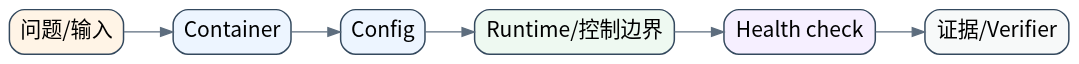
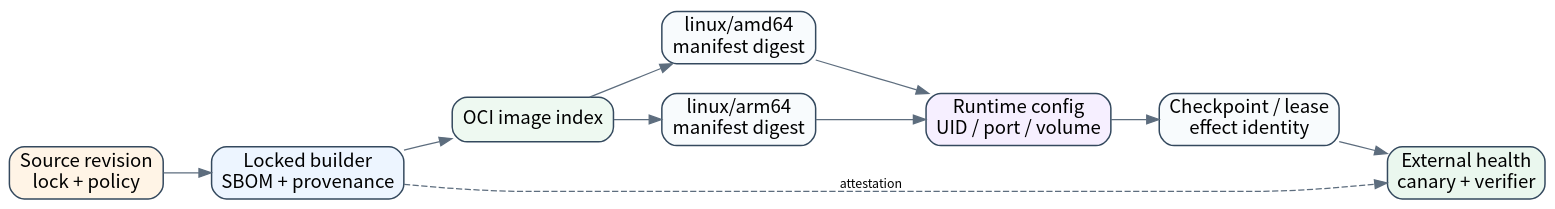
One commit to william-lbn/aiagentsystem changed the diagram in book/assets/diagrams/36-deployment-architecture.dot. Above: the diagram before and after it, drawn with Graphviz. The commit also changed 115 other files, not shown here.

```diff
--- a/book/assets/diagrams/36-deployment-architecture.dot
+++ b/book/assets/diagrams/36-deployment-architecture.dot
@@ -1,16 +1,22 @@
 digraph G {
-graph [rankdir=LR,bgcolor="transparent",pad="0.15",nodesep="0.4",ranksep="0.55"];
-node [shape=box,style="rounded,filled",fontname="Noto Sans CJK SC",fontsize=17,color="#34495e",penwidth=1.2];
-edge [fontname="Noto Sans CJK SC",fontsize=11,color="#5d6d7e"];
-n0 [label="问题/输入",fillcolor="#fff4e6"];
-n1 [label="Container",fillcolor="#edf5ff"];
-n2 [label="Config",fillcolor="#edf5ff"];
-n3 [label="Runtime/控制边界",fillcolor="#eef9f1"];
-n4 [label="Health check",fillcolor="#f6efff"];
-n5 [label="证据/Verifier",fillcolor="#f7f9f9"];
-n0->n1;
-n1->n2;
-n2->n3;
-n3->n4;
-n4->n5;
+graph [rankdir=LR,bgcolor="transparent",pad="0.15",nodesep="0.34",ranksep="0.52"];
+node [shape=box,style="rounded,filled",fontname="Noto Sans CJK SC",fontsize=15,color="#34495e",penwidth=1.2,fillcolor="#f8fbfd"];
+edge [fontname="Noto Sans CJK SC",fontsize=10,color="#5d6d7e"];
+source [label="Source revision\nlock + policy",fillcolor="#fff4e6"];
+builder [label="Locked builder\nSBOM + provenance",fillcolor="#edf5ff"];
+index [label="OCI image index",fillcolor="#eef9f1"];
+amd [label="linux/amd64\nmanifest digest"];
+arm [label="linux/arm64\nmanifest digest"];
+runtime [label="Runtime config\nUID / port / volume",fillcolor="#f6efff"];
+state [label="Checkpoint / lease\neffect identity"];
+verify [label="External health\ncanary + verifier",fillcolor="#eaf7ee"];
+source->builder;
+builder->index;
+index->amd;
+index->arm;
+amd->runtime;
+arm->runtime;
+runtime->state;
+state->verify;
+builder->verify [label="attestation",style=dashed];
 }
```
